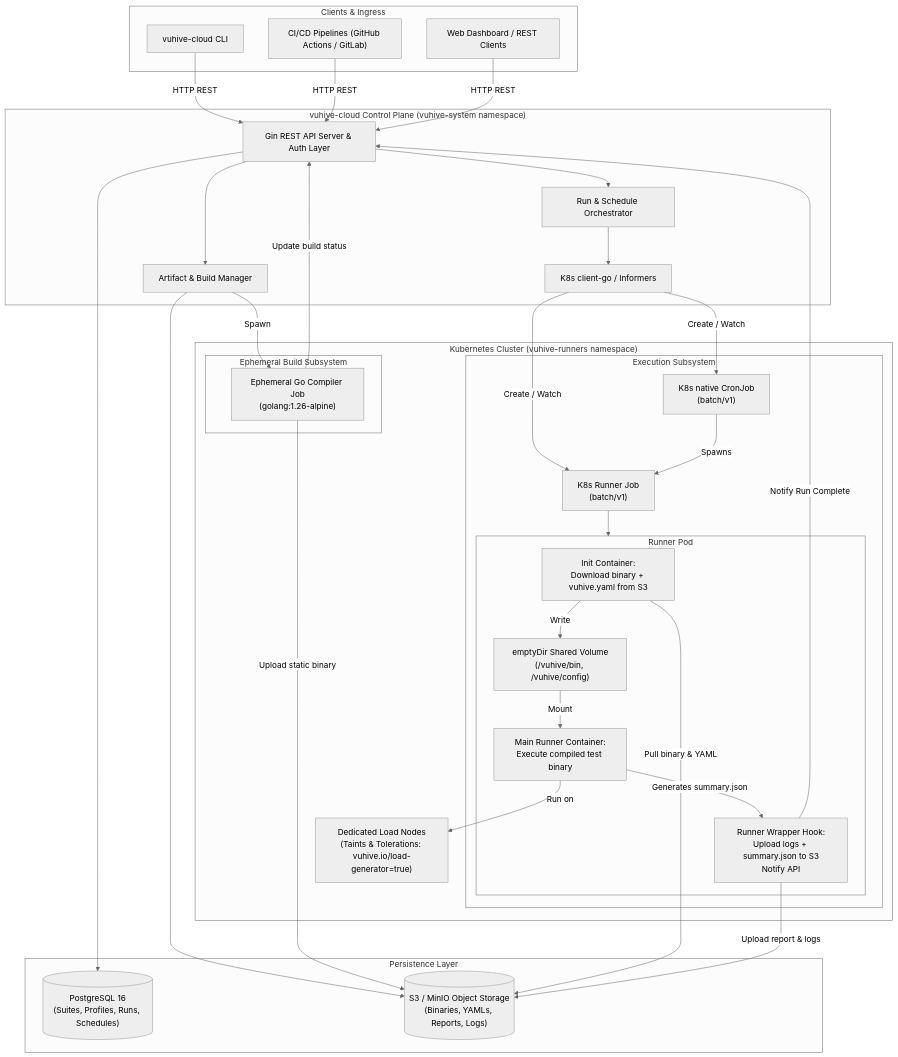
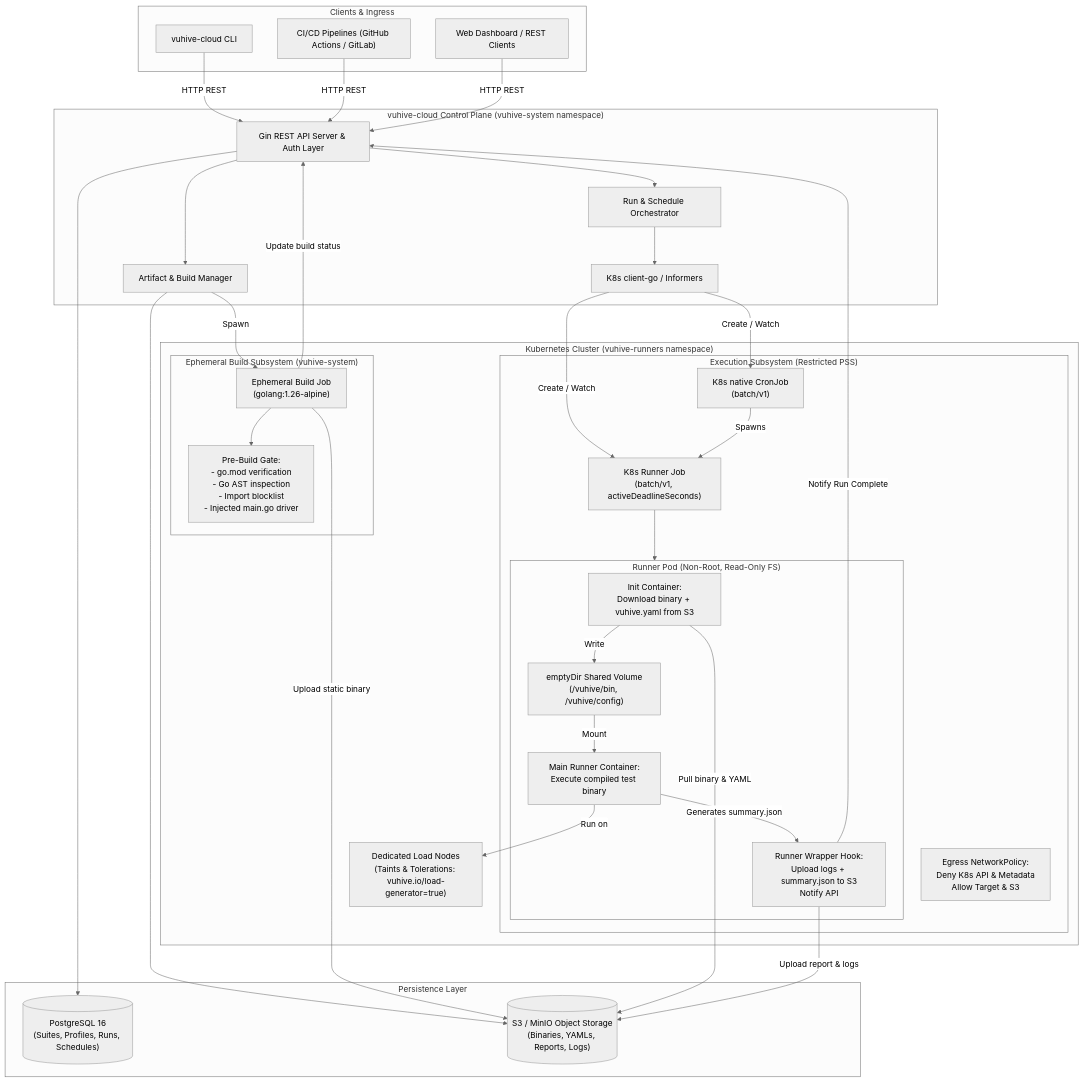
The diagram in ARCHITECTURE_SPEC.md (morphy76/vuhive-cloud), drawn with Mermaid (neutral theme) before and after one commit. The commit also changed other lines of this file and 6 other files, not shown here.

First line of the commit message:
docs: enforce vuhive framework adoption, AST validation, and runner pod security

````diff
--- a/ARCHITECTURE_SPEC.md
+++ b/ARCHITECTURE_SPEC.md
@@ -24,66 +24,69 @@
 ```mermaid
 flowchart TD
     subgraph Clients["Clients & Ingress"]
         CLI["vuhive-cloud CLI"]
         CI["CI/CD Pipelines (GitHub Actions / GitLab)"]
         UI["Web Dashboard / REST Clients"]
     end
 
     subgraph ControlPlane["vuhive-cloud Control Plane (vuhive-system namespace)"]
         API["Gin REST API Server & Auth Layer"]
         Orchestrator["Run & Schedule Orchestrator"]
         K8sClient["K8s client-go / Informers"]
         ArtifactMgr["Artifact & Build Manager"]
     end
 
     subgraph StateStorage["Persistence Layer"]
         PG[("PostgreSQL 16\n(Suites, Profiles, Runs, Schedules)")]
         S3[("S3 / MinIO Object Storage\n(Binaries, YAMLs, Reports, Logs)")]
     end
 
     subgraph K8sCluster["Kubernetes Cluster (vuhive-runners namespace)"]
-        subgraph BuildSub["Ephemeral Build Subsystem"]
-            BuildJob["Ephemeral Go Compiler Job\n(golang:1.26-alpine)"]
+        subgraph BuildSub["Ephemeral Build Subsystem (vuhive-system)"]
+            BuildJob["Ephemeral Build Job\n(golang:1.26-alpine)"]
+            ASTValidator["Pre-Build Gate:\n- go.mod verification\n- Go AST inspection\n- Import blocklist\n- Injected main.go driver"]
+            BuildJob --> ASTValidator
         end
 
-        subgraph RunnerSub["Execution Subsystem"]
+        subgraph RunnerSub["Execution Subsystem (Restricted PSS)"]
             CronJob["K8s native CronJob\n(batch/v1)"]
-            RunnerJob["K8s Runner Job\n(batch/v1)"]
+            RunnerJob["K8s Runner Job\n(batch/v1, activeDeadlineSeconds)"]
+            NetPol["Egress NetworkPolicy:\nDeny K8s API & Metadata\nAllow Target & S3"]
             
-            subgraph RunnerPod["Runner Pod"]
+            subgraph RunnerPod["Runner Pod (Non-Root, Read-Only FS)"]
                 InitC["Init Container:\nDownload binary + vuhive.yaml from S3"]
                 SharedVol["emptyDir Shared Volume\n(/vuhive/bin, /vuhive/config)"]
                 MainC["Main Runner Container:\nExecute compiled test binary"]
                 ExitWrapper["Runner Wrapper Hook:\nUpload logs + summary.json to S3\nNotify API"]
             end
         end
         
         Nodes["Dedicated Load Nodes\n(Taints & Tolerations: vuhive.io/load-generator=true)"]
     end
 
     CLI -->|HTTP REST| API
     CI -->|HTTP REST| API
     UI -->|HTTP REST| API
 
     API --> PG
     API --> ArtifactMgr
     API --> Orchestrator
     ArtifactMgr --> S3
     ArtifactMgr -->|Spawn| BuildJob
     BuildJob -->|Upload static binary| S3
     BuildJob -->|Update build status| API
 
     Orchestrator --> K8sClient
     K8sClient -->|Create / Watch| RunnerJob
     K8sClient -->|Create / Watch| CronJob
     CronJob -->|Spawns| RunnerJob
 
     RunnerJob --> RunnerPod
     InitC -->|Pull binary & YAML| S3
     InitC -->|Write| SharedVol
     SharedVol -->|Mount| MainC
     MainC -->|Run on| Nodes
     MainC -->|Generates summary.json| ExitWrapper
     ExitWrapper -->|Upload report & logs| S3
     ExitWrapper -->|Notify Run Complete| API
 ```
````
